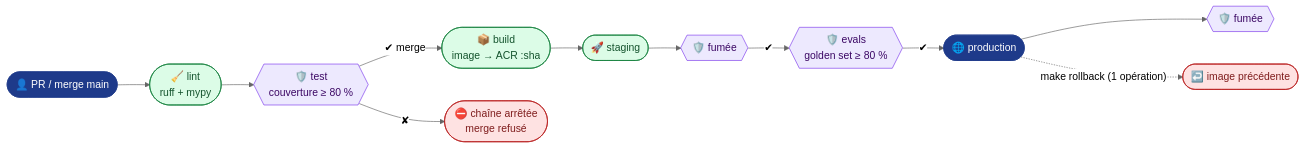
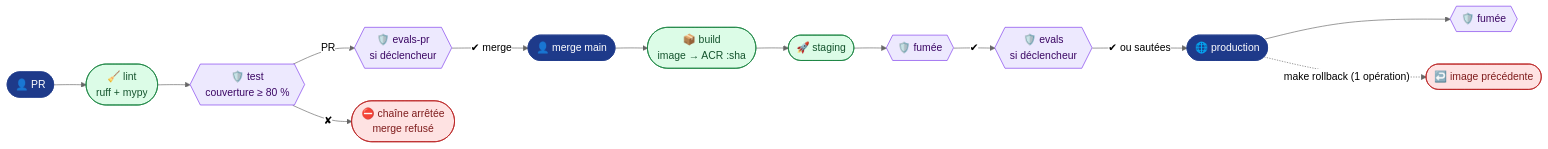
Before and after one commit to acerolaz/agentinsurflow: the diagram in README.md, drawn with Mermaid (neutral theme). The commit also changed other lines of this file and 4 other files, not shown here.

````diff
--- a/README.md
+++ b/README.md
@@ -9,16 +10,17 @@
 ```mermaid
 flowchart LR
-    PR(["👤 PR / merge main"]) --> L(["🧹 lint<br/>ruff + mypy"]) --> T{{"🛡️ test<br/>couverture ≥ 80 %"}}
-    T -- "✔ merge" --> B(["📦 build<br/>image → ACR :sha"]) --> S(["🚀 staging"]) --> FS{{"🛡️ fumée"}}
-    FS -- "✔" --> EV{{"🛡️ evals<br/>golden set ≥ 80 %"}} -- "✔" --> P(["🌐 production"]) --> FP{{"🛡️ fumée"}}
+    PR(["👤 PR"]) --> L(["🧹 lint<br/>ruff + mypy"]) --> T{{"🛡️ test<br/>couverture ≥ 80 %"}}
+    T -- "PR" --> EP{{"🛡️ evals-pr<br/>si déclencheur"}} -- "✔ merge" --> M(["👤 merge main"])
+    M --> B(["📦 build<br/>image → ACR :sha"]) --> S(["🚀 staging"]) --> FS{{"🛡️ fumée"}}
+    FS -- "✔" --> EV{{"🛡️ evals<br/>si déclencheur"}} -- "✔ ou sautées" --> P(["🌐 production"]) --> FP{{"🛡️ fumée"}}
     T -- "✘" --> X(["⛔ chaîne arrêtée<br/>merge refusé"])
     P -. "make rollback (1 opération)" .-> RB(["↩️ image précédente"])
     classDef plat fill:#1E3A8A,stroke:#1E3A8A,color:#fff
     classDef ok fill:#DCFCE7,stroke:#15803D,color:#14532D
     classDef ko fill:#FEE2E2,stroke:#B91C1C,color:#7F1D1D
     classDef gate fill:#EDE9FE,stroke:#7C3AED,color:#3B0764
-    class PR,P plat
+    class PR,M,P plat
     class L,B,S ok
     class X,RB ko
-    class T,FS,EV,FP gate
+    class T,EP,FS,EV,FP gate
 ```
````
